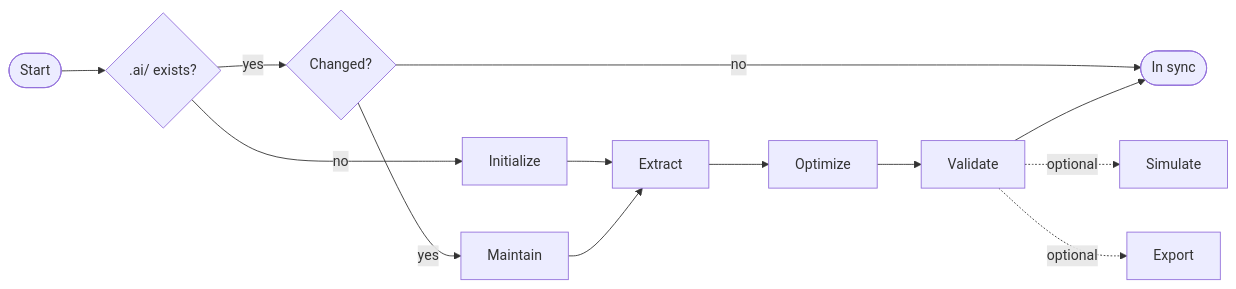
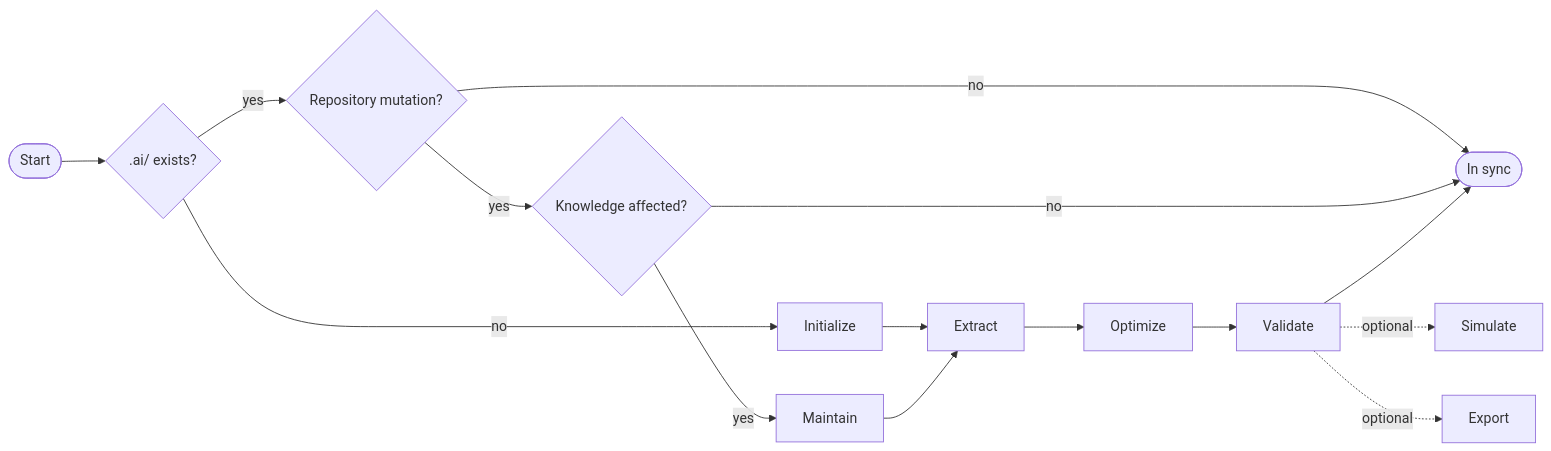
One commit to duelistraj/token-atlas changed the diagram in README.md. Above: the diagram before and after it, drawn with Mermaid. The commit also changed other lines of this file and 46 other files, not shown here.

````diff
--- a/README.md
+++ b/README.md
@@ -87,13 +87,15 @@
 ```mermaid
 flowchart LR
     Start([Start]) --> Exists{".ai/ exists?"}
     Exists -- no --> Initialize
-    Exists -- yes --> Closeout{Changed?}
+    Exists -- yes --> Mutated{Repository mutation?}
+    Mutated -- no --> Done
+    Mutated -- yes --> Closeout{Knowledge affected?}
     Initialize --> Extract
     Closeout -- no --> Done
     Closeout -- yes --> Maintain
     Maintain --> Extract
     Extract --> Optimize --> Validate --> Done([In sync])
     Validate -. optional .-> Simulate
     Validate -. optional .-> Export
 ```
````
